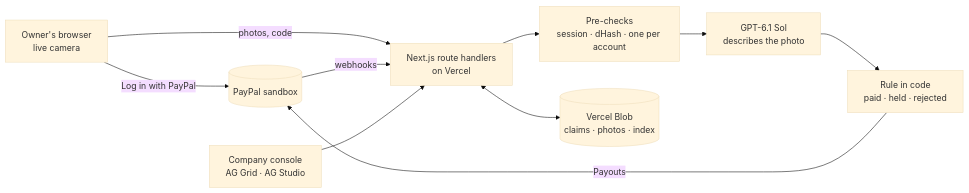
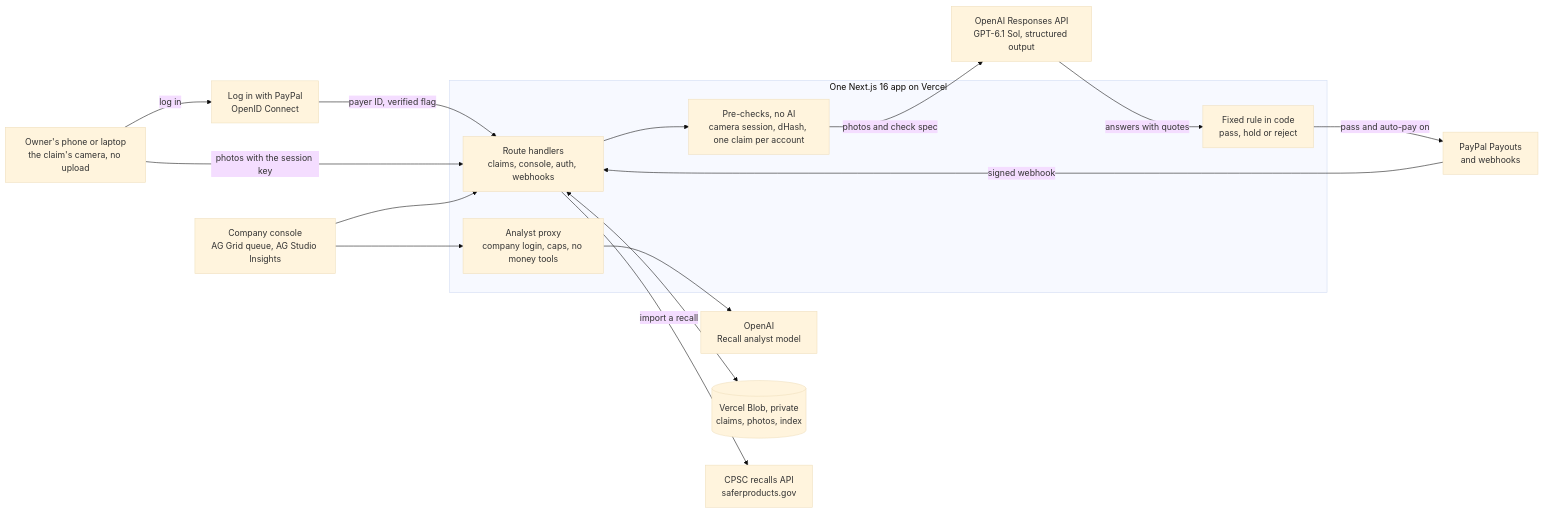
One commit to remedy-org/remedy changed the first of 2 diagrams in README.md. Above: the diagram before and after it, drawn with Mermaid (base theme). The commit also changed other lines of this file, not shown here.

Commit message:
README for submission, brought up to the shipped product: Sent in the camera session, the tag on the cut pillow, the repost fingerprint, refusal reasons led by the deciding check, what stops a fake, the 9 Nov re-run

````diff
--- a/README.md
+++ b/README.md
@@ -87,12 +144,31 @@
 ```mermaid
 flowchart LR
-  O[Owner's browser<br/>live camera] -->|Log in with PayPal| PP[(PayPal sandbox)]
-  O -->|photos, code| API[Next.js route handlers<br/>on Vercel]
-  API --> PC[Pre-checks<br/>session · dHash · one per account]
-  PC --> V[GPT-6.1 Sol<br/>describes the photo]
-  V --> R[Rule in code<br/>paid · held · rejected]
-  R -->|Payouts| PP
-  PP -->|webhooks| API
-  API <--> B[(Vercel Blob<br/>claims · photos · index)]
-  C[Company console<br/>AG Grid · AG Studio] --> API
+  O["Owner's phone or laptop<br/>the claim's camera, no upload"]
+  C["Company console<br/>AG Grid queue, AG Studio Insights"]
+  subgraph APP["One Next.js 16 app on Vercel"]
+    API["Route handlers<br/>claims, console, auth, webhooks"]
+    PRE["Pre-checks, no AI<br/>camera session, dHash, one claim per account"]
+    RULE["Fixed rule in code<br/>pass, hold or reject"]
+    PROXY["Analyst proxy<br/>company login, caps, no money tools"]
+  end
+  ID["Log in with PayPal<br/>OpenID Connect"]
+  PO["PayPal Payouts<br/>and webhooks"]
+  VIS["OpenAI Responses API<br/>GPT-6.1 Sol, structured output"]
+  AN["OpenAI<br/>Recall analyst model"]
+  B[("Vercel Blob, private<br/>claims, photos, index")]
+  CP["CPSC recalls API<br/>saferproducts.gov"]
+
+  O -->|"log in"| ID
+  ID -->|"payer ID, verified flag"| API
+  O -->|"photos with the session key"| API
+  API --> PRE
+  PRE -->|"photos and check spec"| VIS
+  VIS -->|"answers with quotes"| RULE
+  RULE -->|"pass and auto-pay on"| PO
+  PO -->|"signed webhook"| API
+  API <--> B
+  C --> API
+  C --> PROXY
+  PROXY --> AN
+  API -->|"import a recall"| CP
 ```
````
